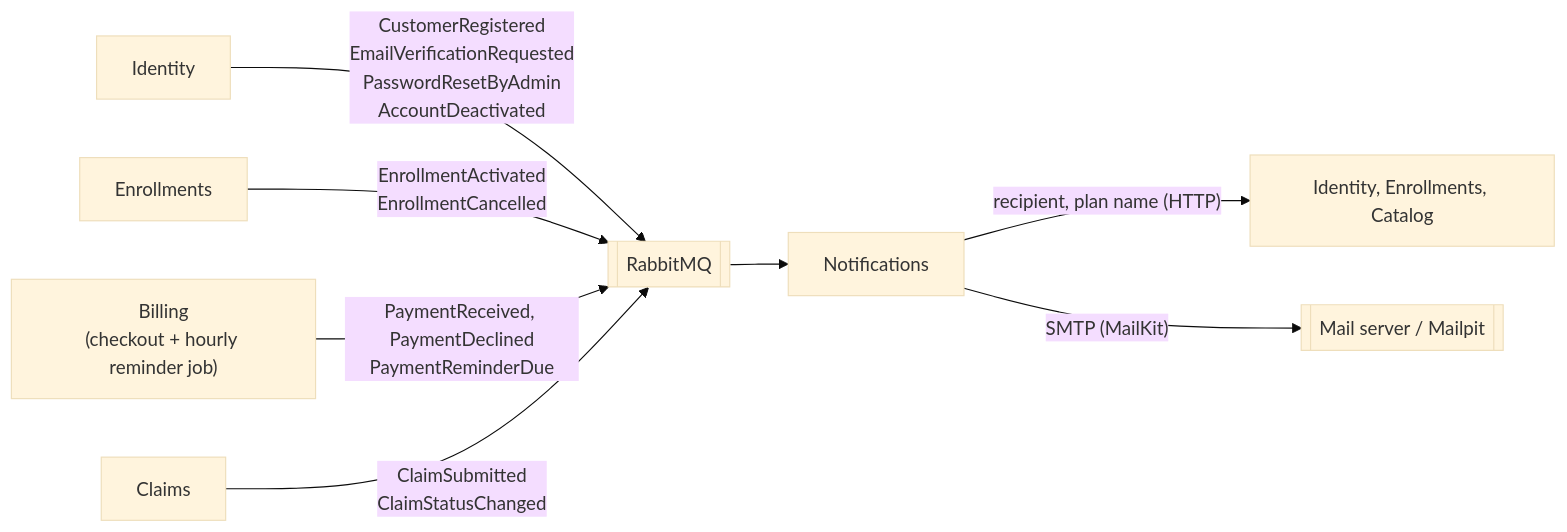
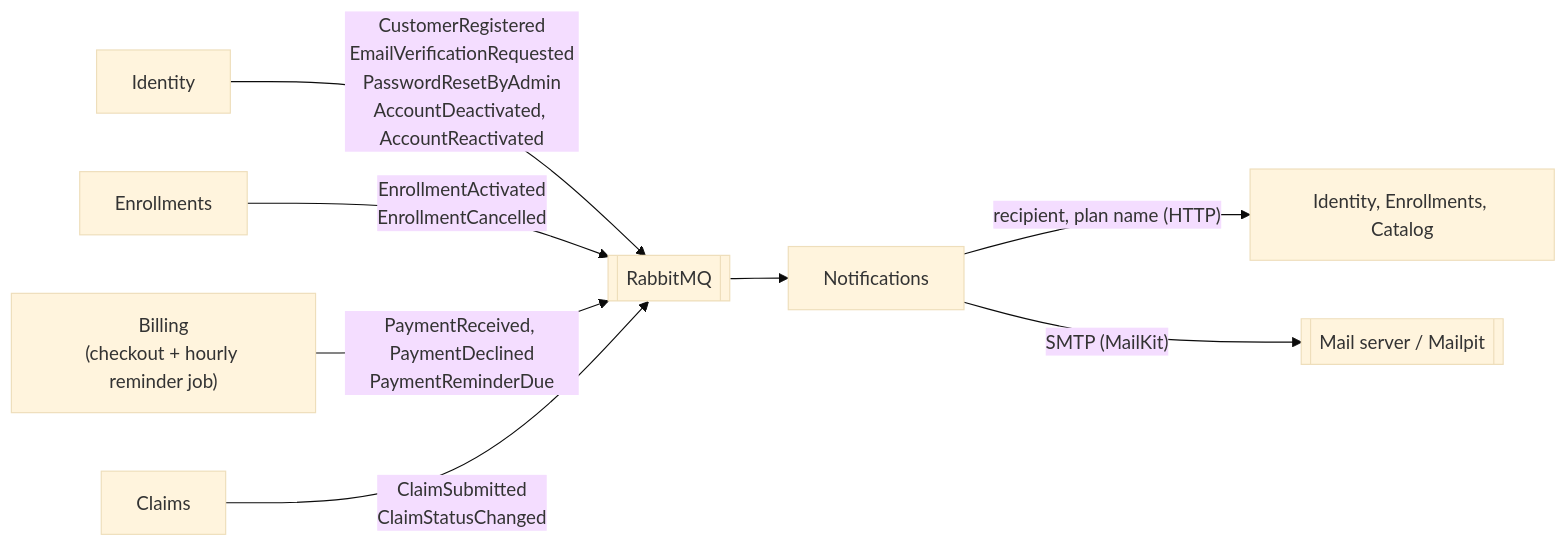
The third of 3 diagrams in README.md (organizedanvrchy/Insurance-Full-Stack-App-MSA), drawn with Mermaid (base theme) before and after one commit. The commit also changed other lines of this file and 13 other files, not shown here.

First line of the commit message:
Email customers when their account is reactivated; say "deactivated" at sign-in

````diff
--- a/README.md
+++ b/README.md
@@ -425,10 +425,10 @@
 ```mermaid
 flowchart LR
-    ID["Identity"] -- "CustomerRegistered<br/>EmailVerificationRequested<br/>PasswordResetByAdmin<br/>AccountDeactivated" --> BUS[["RabbitMQ"]]
+    ID["Identity"] -- "CustomerRegistered<br/>EmailVerificationRequested<br/>PasswordResetByAdmin<br/>AccountDeactivated, AccountReactivated" --> BUS[["RabbitMQ"]]
     EN["Enrollments"] -- "EnrollmentActivated<br/>EnrollmentCancelled" --> BUS
     BI["Billing<br/>(checkout + hourly reminder job)"] -- "PaymentReceived, PaymentDeclined<br/>PaymentReminderDue" --> BUS
     CL["Claims"] -- "ClaimSubmitted<br/>ClaimStatusChanged" --> BUS
     BUS --> NO["Notifications"]
     NO -- "recipient, plan name (HTTP)" --> LOOK["Identity, Enrollments, Catalog"]
     NO -- "SMTP (MailKit)" --> MAIL[["Mail server / Mailpit"]]
 ```
````
